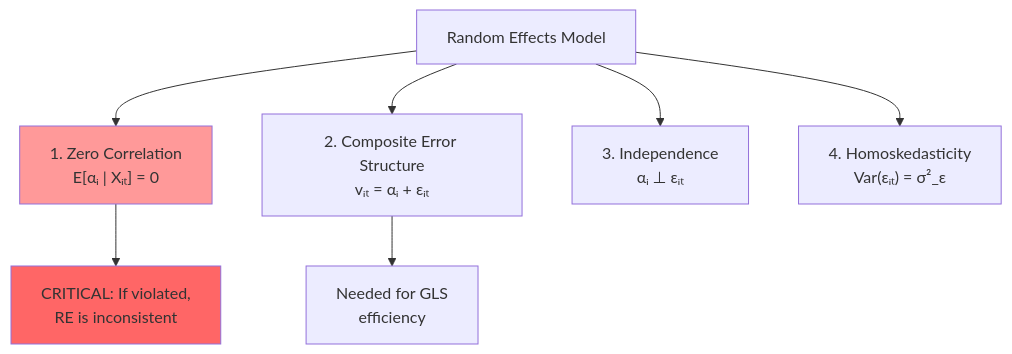
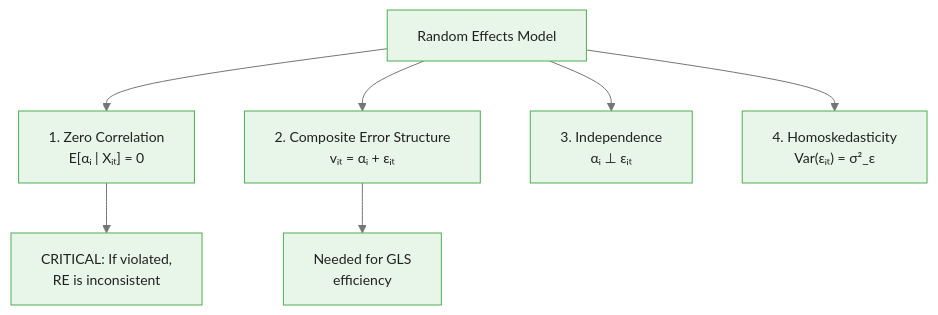
Before and after one commit to m-deane/course-creator: the first of 4 diagrams in courses/panel-regression/modules/module_03_random_effects/guides/02_random_effects_assumptions_slides.md, drawn with Mermaid. The commit also changed other lines of this file and 79 other files, not shown here.

````diff
--- a/courses/panel-regression/modules/module_03_random_effects/guides/02_random_effects_assumptions_slides.md
+++ b/courses/panel-regression/modules/module_03_random_effects/guides/02_random_effects_assumptions_slides.md
@@ -29,13 +36,11 @@
 ```mermaid
+%%{init: {"theme": "base", "themeVariables": {"primaryColor": "#e8f5e9", "primaryBorderColor": "#4caf50", "primaryTextColor": "#212121", "secondaryColor": "#e3f2fd", "tertiaryColor": "#fff8e1", "lineColor": "#757575", "fontFamily": "Inter, sans-serif", "fontSize": "14px"}}}%%
 flowchart TD
     RE["Random Effects Model"] --> A1["1. Zero Correlation<br/>E[αᵢ | Xᵢₜ] = 0"]
     RE --> A2["2. Composite Error Structure<br/>vᵢₜ = αᵢ + εᵢₜ"]
     RE --> A3["3. Independence<br/>αᵢ ⊥ εᵢₜ"]
     RE --> A4["4. Homoskedasticity<br/>Var(εᵢₜ) = σ²_ε"]
 
     A1 --> CRITICAL["CRITICAL: If violated,<br/>RE is inconsistent"]
     A2 --> EFFICIENCY["Needed for GLS<br/>efficiency"]
-
-    style A1 fill:#f99
-    style CRITICAL fill:#f66
 ```
````
